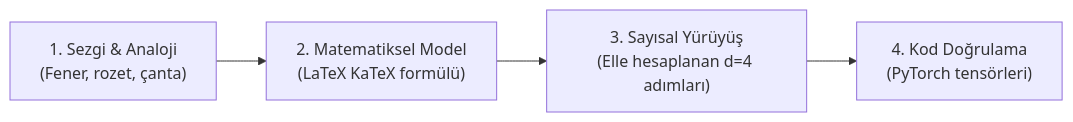
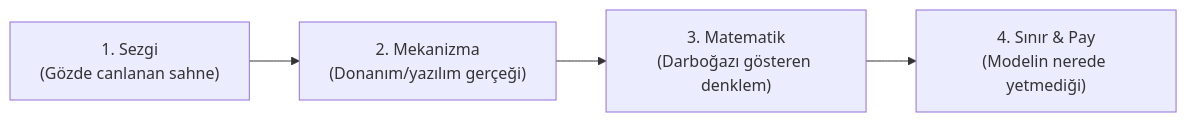
The diagram in .agents/skills/makale/references/sablon_ve_pedagoji_rehberi.md (muhendis/muhendis.github.io), drawn with Mermaid before and after one commit. The commit also changed other lines of this file and 9 other files, not shown here.

````diff
--- a/.agents/skills/makale/references/sablon_ve_pedagoji_rehberi.md
+++ b/.agents/skills/makale/references/sablon_ve_pedagoji_rehberi.md
@@ -73,6 +89,6 @@
 ```mermaid
 flowchart LR
-    A["1. Sezgi & Analoji<br>(Fener, rozet, çanta)"] --> B["2. Matematiksel Model<br>(LaTeX KaTeX formülü)"]
-    B --> C["3. Sayısal Yürüyüş<br>(Elle hesaplanan d=4 adımları)"]
-    C --> D["4. Kod Doğrulama<br>(PyTorch tensörleri)"]
+    A["1. Sezgi<br>(Gözde canlanan sahne)"] --> B["2. Mekanizma<br>(Donanım/yazılım gerçeği)"]
+    B --> C["3. Matematik<br>(Darboğazı gösteren denklem)"]
+    C --> D["4. Sınır & Pay<br>(Modelin nerede yetmediği)"]
 ```
````
